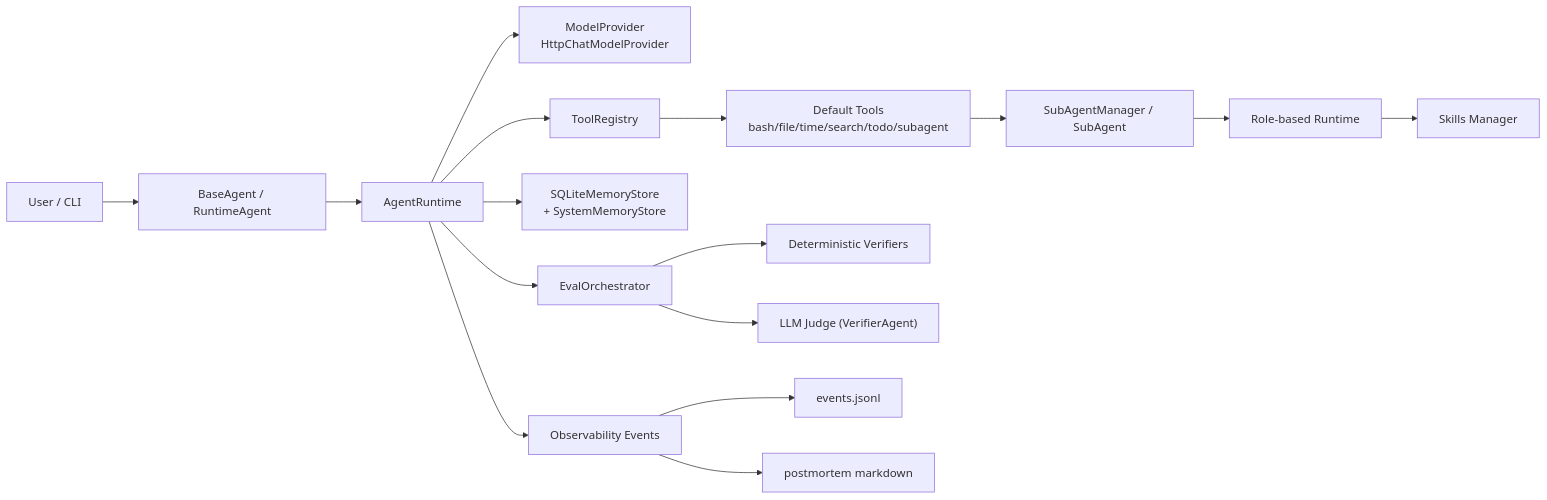
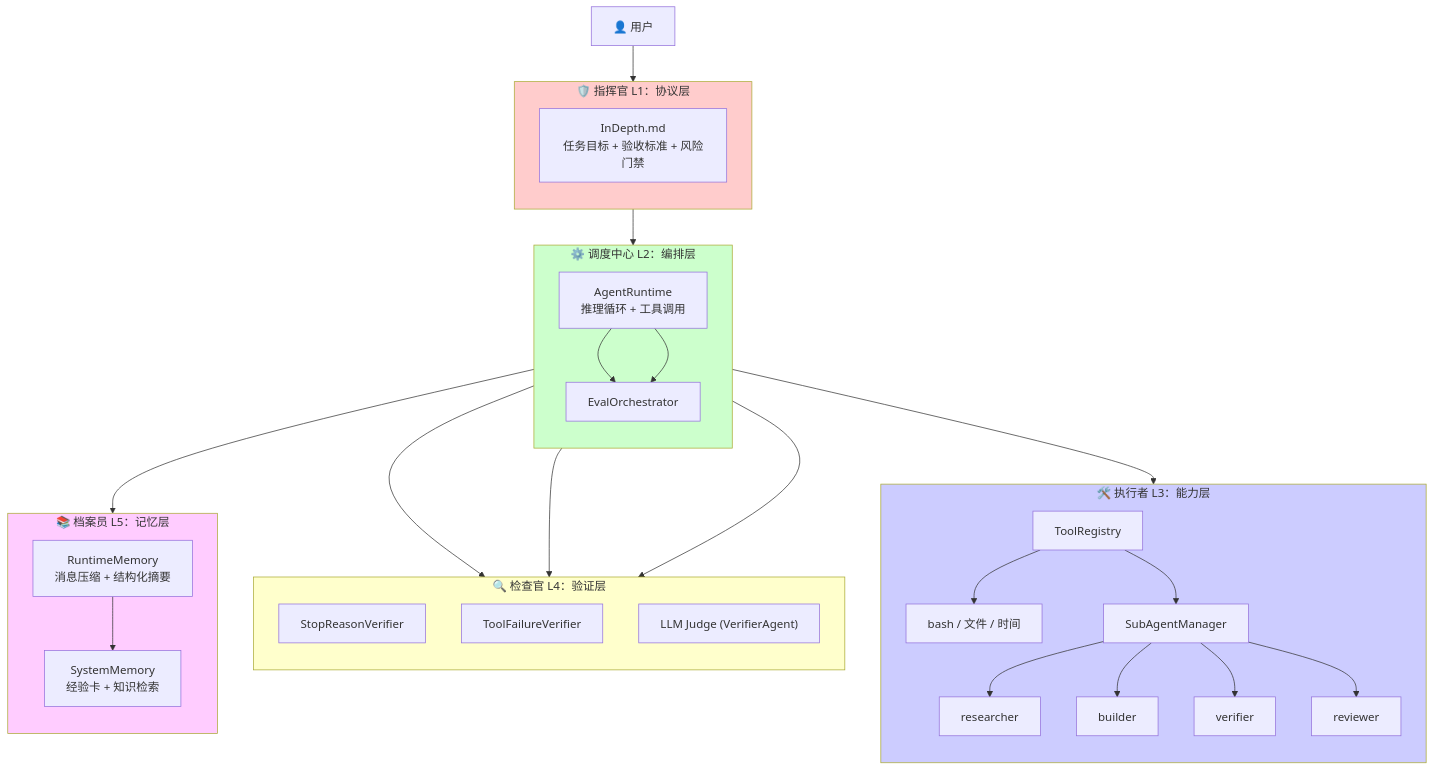
One commit to YeZibn/InDepth changed the diagram in README.md. Above: the diagram before and after it, drawn with Mermaid. The commit also changed other lines of this file and 3 other files, not shown here.

Commit message:
docs: 添加架构图和执行流程图到README

````diff
--- a/README.md
+++ b/README.md
@@ -101,21 +166,53 @@
 ```mermaid
-flowchart LR
-    U["User / CLI"] --> A["BaseAgent / RuntimeAgent"]
-    A --> R["AgentRuntime"]
-    R --> M["ModelProvider<br/>HttpChatModelProvider"]
-    R --> T["ToolRegistry"]
-    R --> MEM["SQLiteMemoryStore<br/>+ SystemMemoryStore"]
-    R --> E["EvalOrchestrator"]
-    R --> O["Observability Events"]
+flowchart TB
+    subgraph L1 ["🛡️ 指挥官 L1：协议层"]
+        direction TB
+        P["InDepth.md<br/>任务目标 + 验收标准 + 风险门禁"]
+    end
 
-    T --> TD["Default Tools<br/>bash/file/time/search/todo/subagent"]
-    TD --> SA["SubAgentManager / SubAgent"]
-    SA --> SR["Role-based Runtime"]
-    SR --> SM["Skills Manager"]
+    subgraph L2 ["⚙️ 调度中心 L2：编排层"]
+        direction TB
+        R["AgentRuntime<br/>推理循环 + 工具调用"]
+        R --> E["EvalOrchestrator"]
+    end
 
-    E --> DV["Deterministic Verifiers"]
-    E --> LV["LLM Judge (VerifierAgent)"]
+    subgraph L3 ["🛠️ 执行者 L3：能力层"]
+        direction TB
+        T["ToolRegistry"]
+        T --> B["bash / 文件 / 时间"]
+        T --> S["SubAgentManager"]
+        S --> SR["researcher"]
+        S --> SB["builder"]
+        S --> SV["verifier"]
+        S --> SRv["reviewer"]
+    end
 
-    O --> ES["events.jsonl"]
-    O --> PM["postmortem markdown"]
+    subgraph L4 ["🔍 检查官 L4：验证层"]
+        direction TB
+        V1["StopReasonVerifier"]
+        V2["ToolFailureVerifier"]
+        V3["LLM Judge (VerifierAgent)"]
+    end
+
+    subgraph L5 ["📚 档案员 L5：记忆层"]
+        direction TB
+        M1["RuntimeMemory<br/>消息压缩 + 结构化摘要"]
+        M2["SystemMemory<br/>经验卡 + 知识检索"]
+    end
+
+    U["👤 用户"] --> P
+    P --> R
+    R --> T
+    R --> E
+    E --> V1
+    E --> V2
+    E --> V3
+    R --> M1
+    M1 --> M2
+
+    style L1 fill:#ffcccc
+    style L2 fill:#ccffcc
+    style L3 fill:#ccccff
+    style L4 fill:#ffffcc
+    style L5 fill:#ffccff
 ```
````
